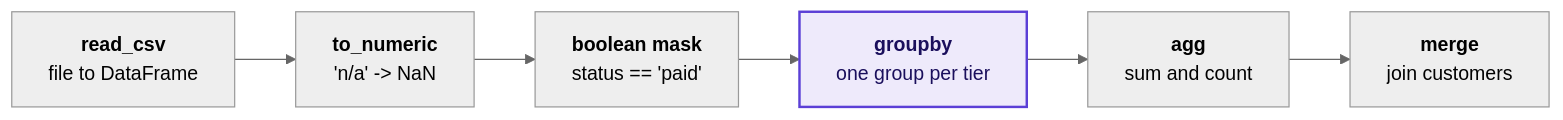
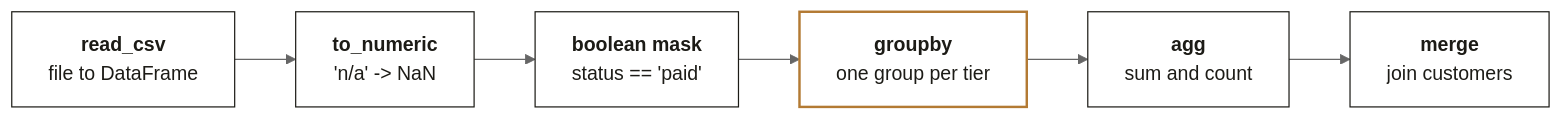
One commit to fde-academy-lab/c2-content-factory changed the diagram in content/W00/D2/study-notes/C2_W00_D02_foundations_06_pandas_STUDENT.md. Above: the diagram before and after it, drawn with Mermaid (neutral theme). The commit also changed 4 other files, not shown here.

````diff
--- a/content/W00/D2/study-notes/C2_W00_D02_foundations_06_pandas_STUDENT.md
+++ b/content/W00/D2/study-notes/C2_W00_D02_foundations_06_pandas_STUDENT.md
@@ -73,10 +73,11 @@
 ```mermaid
 flowchart LR
     A["<b>read_csv</b><br/>file to DataFrame"] --> B["<b>to_numeric</b><br/>'n/a' -> NaN"]
     B --> C["<b>boolean mask</b><br/>status == 'paid'"]
     C --> D["<b>groupby</b><br/>one group per tier"]
     D --> E["<b>agg</b><br/>sum and count"]
     E --> F["<b>merge</b><br/>join customers"]
-    classDef ring fill:#EEEAFB,stroke:#5B3FD6,color:#1A0F5C,stroke-width:2px
+    classDef default fill:#FFFFFF,stroke:#1C1B16,color:#1C1B16
+    classDef ring fill:#FFFFFF,stroke:#B37A33,color:#1C1B16,stroke-width:2px
     class D ring
 ```
````
